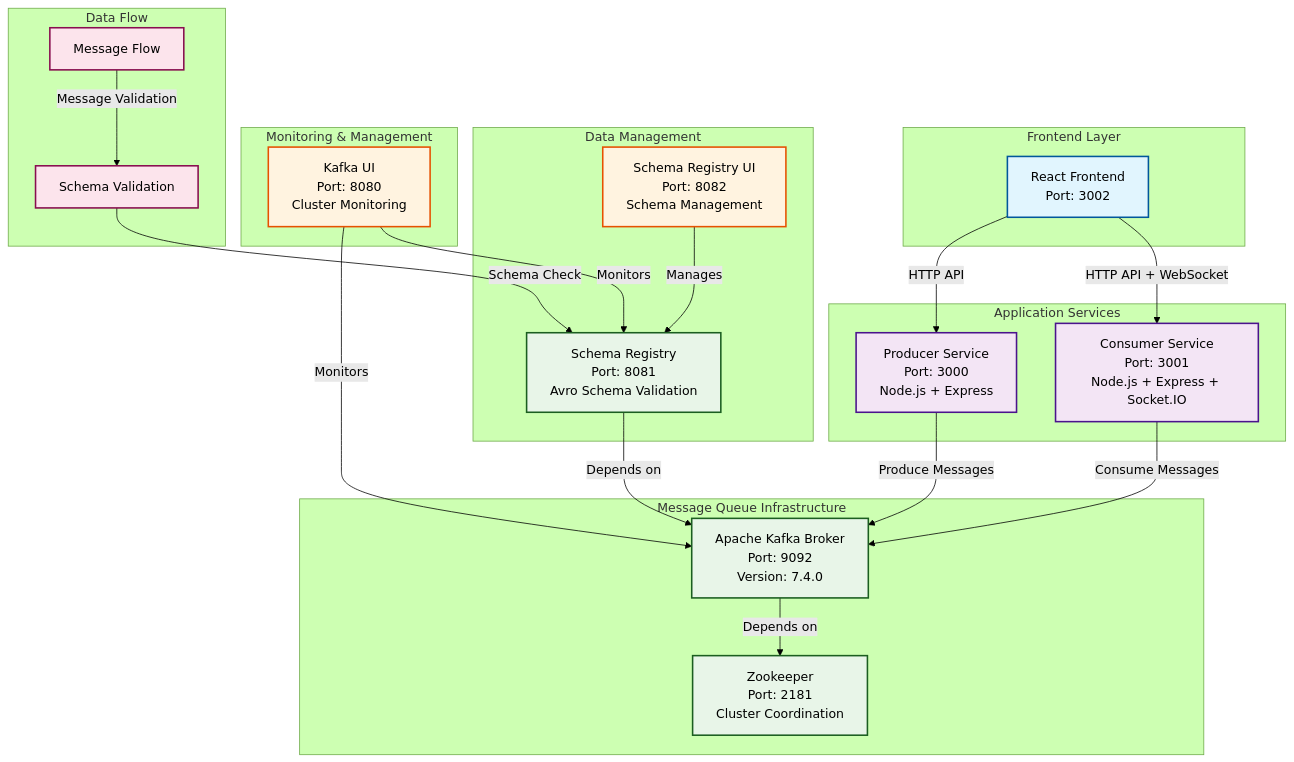
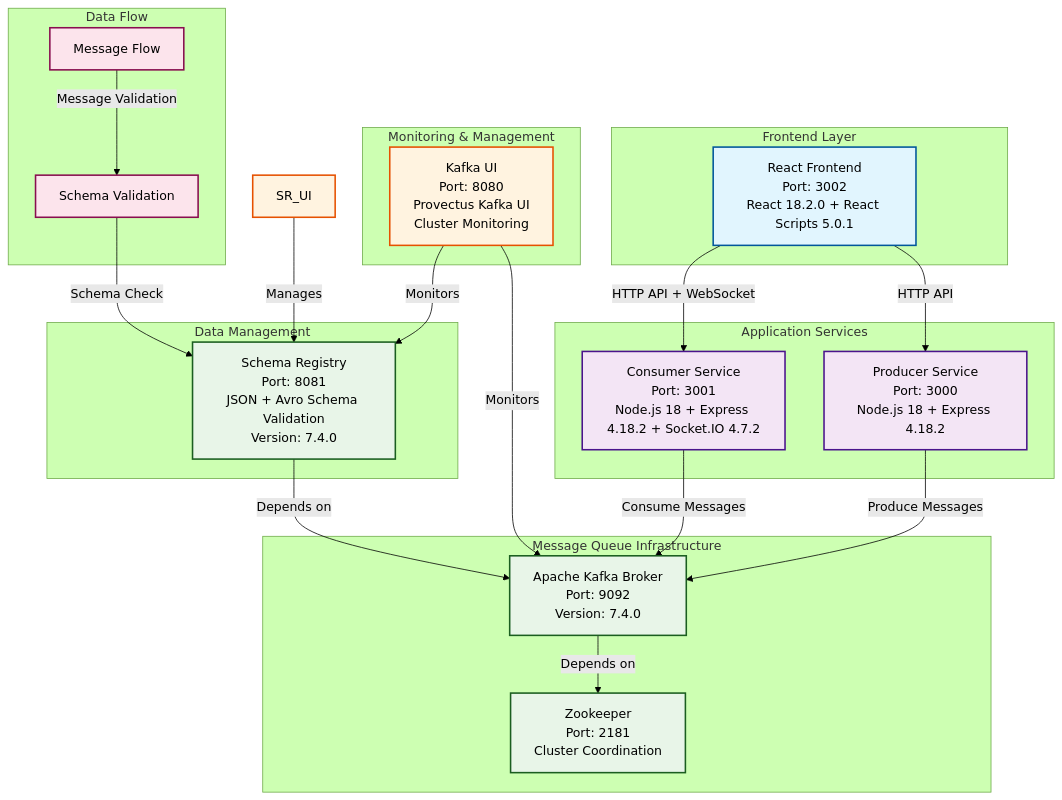
Before and after one commit to gsmirnov94/kafka-demo: the first of 8 diagrams in readme/ARCHITECTURE_DIAGRAM.md, drawn with Mermaid (forest theme). The commit also changed other lines of this file and 9 other files, not shown here.

````diff
--- a/readme/ARCHITECTURE_DIAGRAM.md
+++ b/readme/ARCHITECTURE_DIAGRAM.md
@@ -5,62 +5,61 @@
 ```mermaid
 graph TB
     subgraph "Frontend Layer"
-        UI[React Frontend<br/>Port: 3002]
+        UI[React Frontend<br/>Port: 3002<br/>React 18.2.0 + React Scripts 5.0.1]
     end
     
     subgraph "Application Services"
-        PROD[Producer Service<br/>Port: 3000<br/>Node.js + Express]
-        CONS[Consumer Service<br/>Port: 3001<br/>Node.js + Express + Socket.IO]
+        PROD[Producer Service<br/>Port: 3000<br/>Node.js 18 + Express 4.18.2]
+        CONS[Consumer Service<br/>Port: 3001<br/>Node.js 18 + Express 4.18.2 + Socket.IO 4.7.2]
     end
     
     subgraph "Message Queue Infrastructure"
         KAFKA[Apache Kafka Broker<br/>Port: 9092<br/>Version: 7.4.0]
         ZK[Zookeeper<br/>Port: 2181<br/>Cluster Coordination]
     end
     
     subgraph "Data Management"
-        SR[Schema Registry<br/>Port: 8081<br/>Avro Schema Validation]
-        SR_UI[Schema Registry UI<br/>Port: 8082<br/>Schema Management]
+        SR[Schema Registry<br/>Port: 8081<br/>JSON + Avro Schema Validation<br/>Version: 7.4.0]
     end
     
     subgraph "Monitoring & Management"
-        KUI[Kafka UI<br/>Port: 8080<br/>Cluster Monitoring]
+        KUI[Kafka UI<br/>Port: 8080<br/>Provectus Kafka UI<br/>Cluster Monitoring]
     end
     
     subgraph "Data Flow"
         MSG[Message Flow]
         SCHEMA[Schema Validation]
     end
     
     %% Frontend connections
     UI -->|HTTP API| PROD
     UI -->|HTTP API + WebSocket| CONS
     
     %% Service connections
     PROD -->|Produce Messages| KAFKA
     CONS -->|Consume Messages| KAFKA
     
     %% Infrastructure dependencies
     KAFKA -->|Depends on| ZK
     SR -->|Depends on| KAFKA
     KUI -->|Monitors| KAFKA
     KUI -->|Monitors| SR
     SR_UI -->|Manages| SR
     
     %% Data flow
     MSG -->|Message Validation| SCHEMA
     SCHEMA -->|Schema Check| SR
     
     %% Styling
     classDef frontend fill:#e1f5fe,stroke:#01579b,stroke-width:2px
     classDef service fill:#f3e5f5,stroke:#4a148c,stroke-width:2px
     classDef infrastructure fill:#e8f5e8,stroke:#1b5e20,stroke-width:2px
     classDef monitoring fill:#fff3e0,stroke:#e65100,stroke-width:2px
     classDef data fill:#fce4ec,stroke:#880e4f,stroke-width:2px
     
     class UI frontend
     class PROD,CONS service
     class KAFKA,ZK,SR infrastructure
     class KUI,SR_UI monitoring
     class MSG,SCHEMA data
 ```
````
